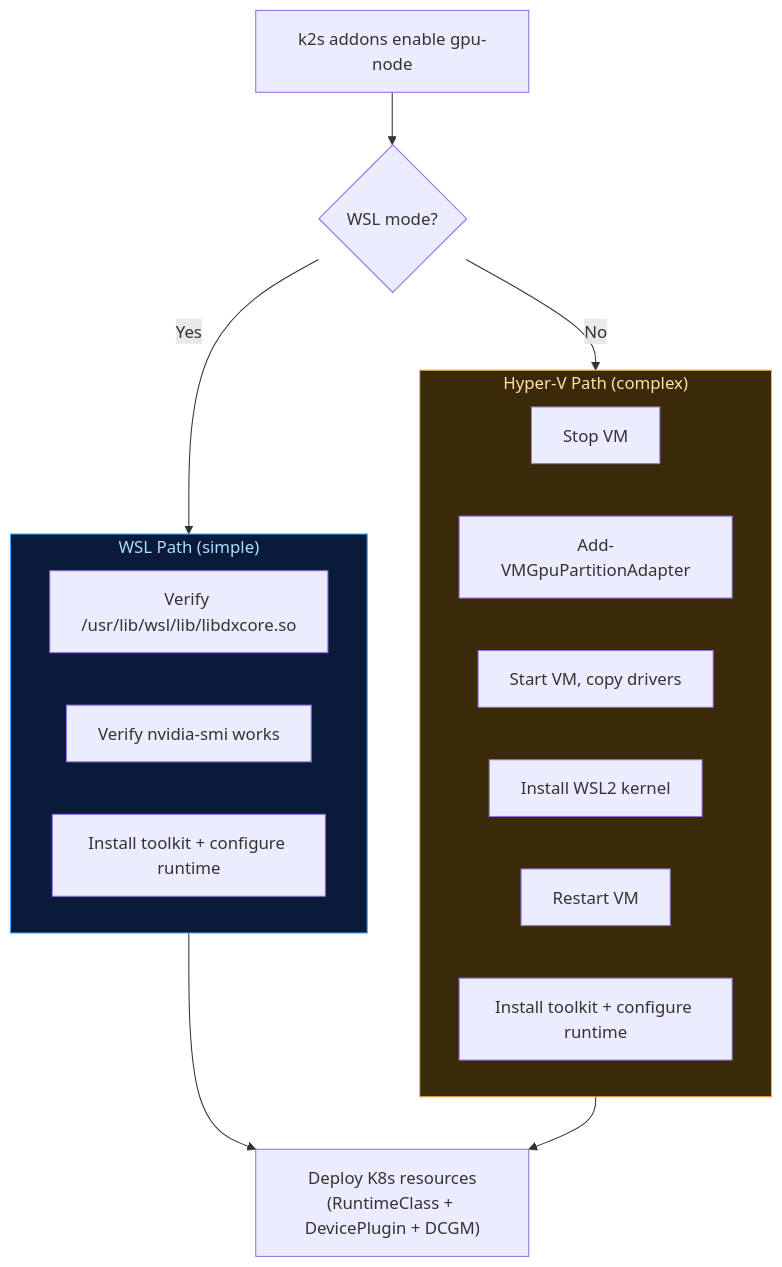
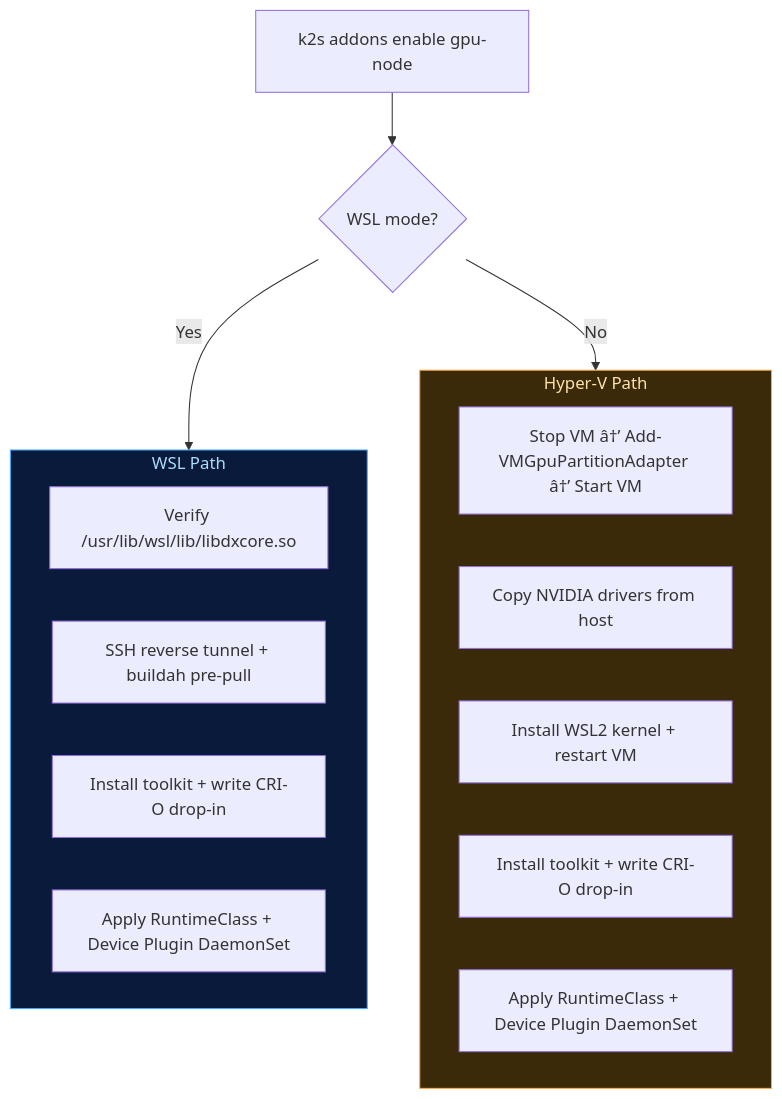
One commit to Siemens-Healthineers/K2s changed the diagram in docs/dev-guide/contributing/gpu-node-roadmap.md. Above: the diagram before and after it, drawn with Mermaid. The commit also changed other lines of this file, not shown here.

Commit message:
docs(gpu-node): restructure roadmap — done/pending/verification/risk sections

````diff
--- a/docs/dev-guide/contributing/gpu-node-roadmap.md
+++ b/docs/dev-guide/contributing/gpu-node-roadmap.md
@@ -1208,31 +321,27 @@
 ```mermaid
 flowchart TD
     START["k2s addons enable gpu-node"]
     CHECK{WSL mode?}
 
-    subgraph WSL["WSL Path (simple)"]
+    subgraph WSL["WSL Path"]
         W1["Verify /usr/lib/wsl/lib/libdxcore.so"]
-        W2["Verify nvidia-smi works"]
-        W3["Install toolkit + configure runtime"]
+        W2["SSH reverse tunnel + buildah pre-pull"]
+        W3["Install toolkit + write CRI-O drop-in"]
+        W4["Apply RuntimeClass + Device Plugin DaemonSet"]
     end
 
-    subgraph HV["Hyper-V Path (complex)"]
-        H1["Stop VM"]
-        H2["Add-VMGpuPartitionAdapter"]
-        H3["Start VM, copy drivers"]
-        H4["Install WSL2 kernel"]
-        H5["Restart VM"]
-        H6["Install toolkit + configure runtime"]
+    subgraph HV["Hyper-V Path"]
+        H1["Stop VM â†’ Add-VMGpuPartitionAdapter â†’ Start VM"]
+        H2["Copy NVIDIA drivers from host"]
+        H3["Install WSL2 kernel + restart VM"]
+        H4["Install toolkit + write CRI-O drop-in"]
+        H5["Apply RuntimeClass + Device Plugin DaemonSet"]
     end
-
-    COMMON["Deploy K8s resources\n(RuntimeClass + DevicePlugin + DCGM)"]
 
     START --> CHECK
     CHECK -->|Yes| WSL
     CHECK -->|No| HV
-    WSL --> COMMON
-    HV --> COMMON
 
     style WSL fill:#0a1a3a,stroke:#44aaff,color:#aaddff
     style HV fill:#3a2a0a,stroke:#ffaa44,color:#ffe0aa
 ```
````
